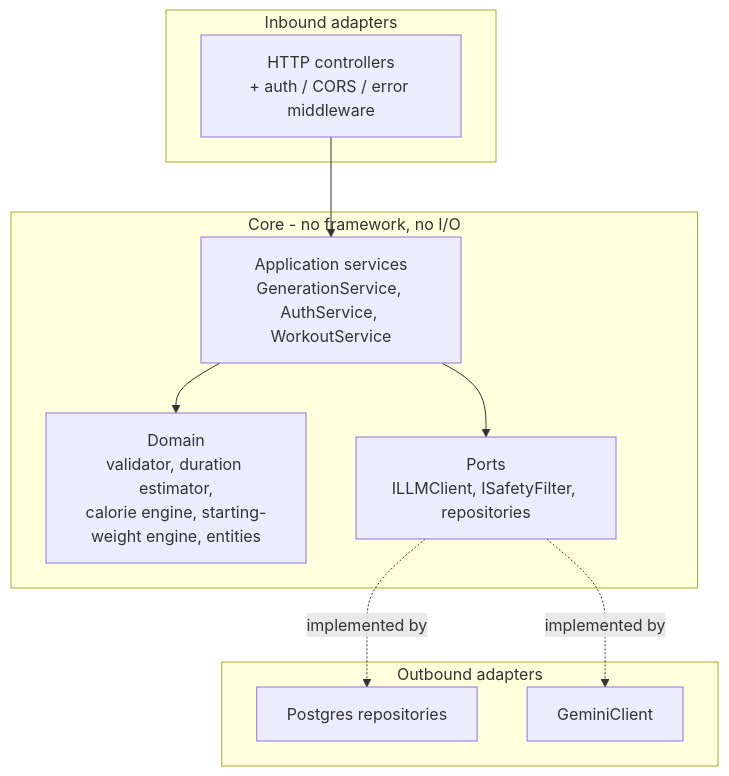
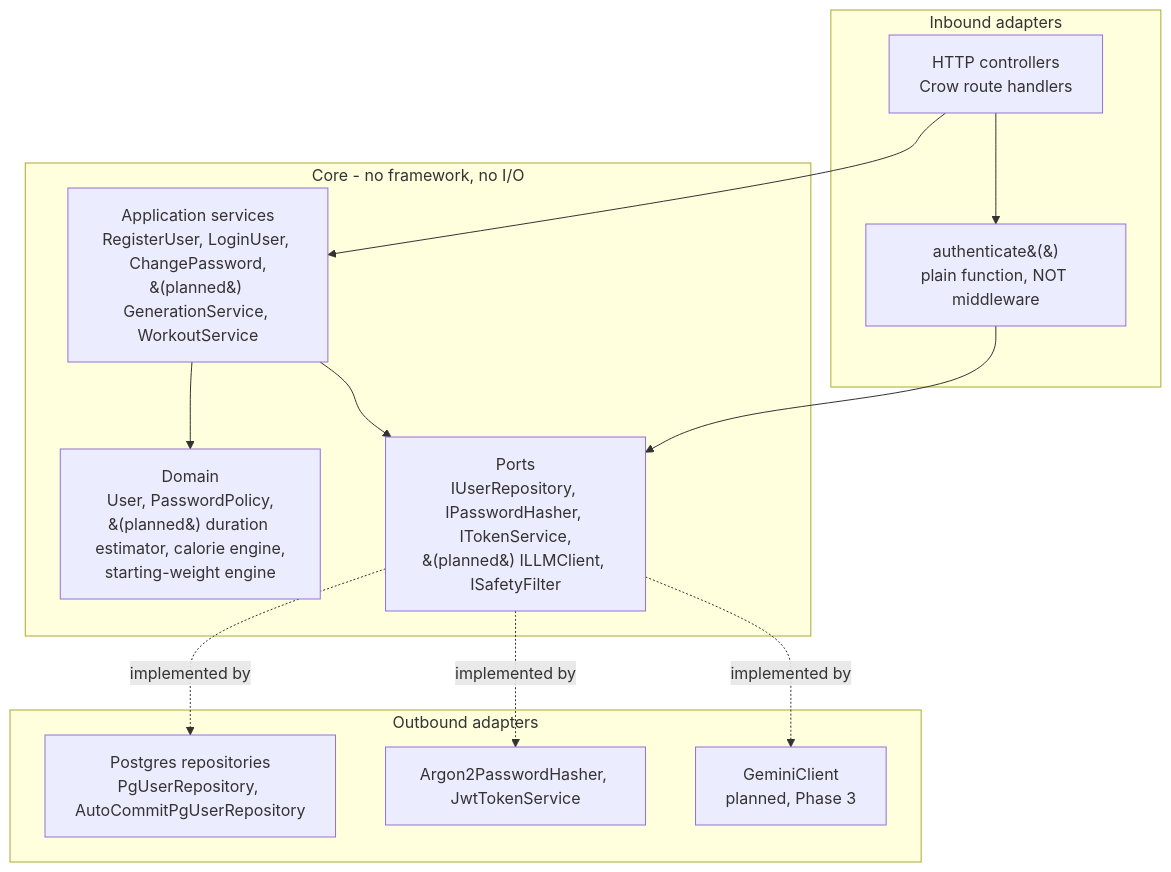
One commit to itaim900/Kinetiq changed the second of 3 diagrams in docs/04-architecture.md. Above: the diagram before and after it, drawn with Mermaid. The commit also changed other lines of this file, not shown here.

First line of the commit message:
docs: correct system architecture doc against actual implementation

````diff
--- a/docs/04-architecture.md
+++ b/docs/04-architecture.md
@@ -41,23 +48,28 @@
 ```mermaid
 flowchart TB
     subgraph Adapters_In [Inbound adapters]
-        HTTP[HTTP controllers<br/>+ auth / CORS / error middleware]
+        HTTP[HTTP controllers<br/>Crow route handlers]
+        AUTH[authenticate&#40;&#41;<br/>plain function, NOT middleware]
     end
 
     subgraph Core [Core - no framework, no I/O]
-        APP[Application services<br/>GenerationService, AuthService, WorkoutService]
-        DOMAIN[Domain<br/>validator, duration estimator,<br/>calorie engine, starting-weight engine, entities]
-        PORTS[Ports<br/>ILLMClient, ISafetyFilter, repositories]
+        APP[Application services<br/>RegisterUser, LoginUser, ChangePassword,<br/>&#40;planned&#41; GenerationService, WorkoutService]
+        DOMAIN[Domain<br/>User, PasswordPolicy,<br/>&#40;planned&#41; duration estimator, calorie engine,<br/>starting-weight engine]
+        PORTS[Ports<br/>IUserRepository, IPasswordHasher, ITokenService,<br/>&#40;planned&#41; ILLMClient, ISafetyFilter]
     end
 
     subgraph Adapters_Out [Outbound adapters]
-        PG[Postgres repositories]
-        GEM[GeminiClient]
+        PG[Postgres repositories<br/>PgUserRepository, AutoCommitPgUserRepository]
+        CRYPTO[Argon2PasswordHasher, JwtTokenService]
+        GEM[GeminiClient<br/>planned, Phase 3]
     end
 
+    HTTP --> AUTH
     HTTP --> APP
+    AUTH --> PORTS
     APP --> DOMAIN
     APP --> PORTS
     PORTS -. implemented by .-> PG
+    PORTS -. implemented by .-> CRYPTO
     PORTS -. implemented by .-> GEM
 ```
````
